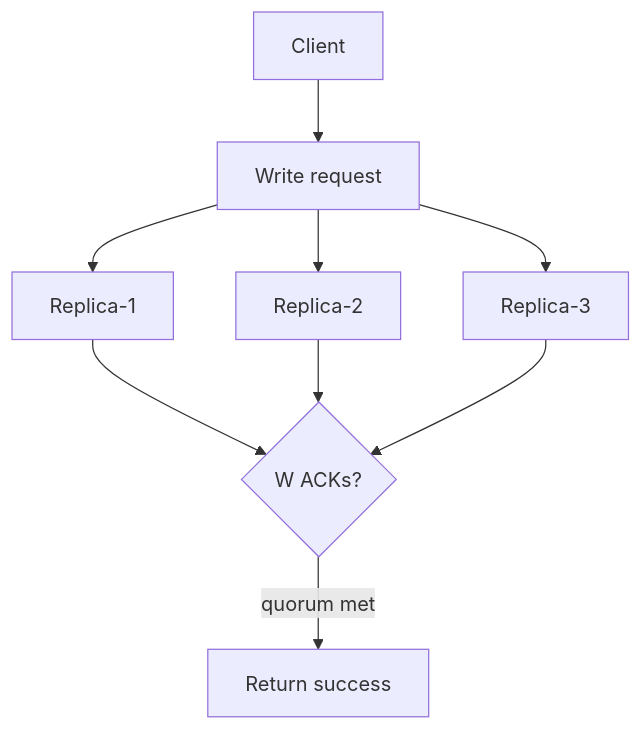
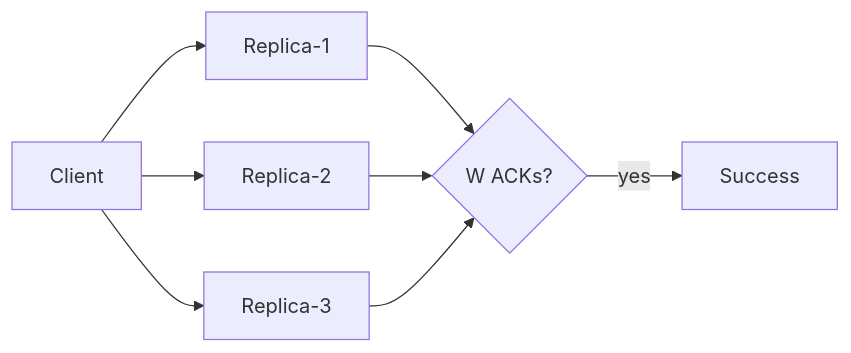
Before and after one commit to hareramcse/SystemDesign: diagram 24 of 43 in 05-distributed-databases/README.md, drawn with Mermaid. The commit also changed other lines of this file and 14 other files, not shown here.

````diff
--- a/05-distributed-databases/README.md
+++ b/05-distributed-databases/README.md
@@ -2869,11 +1553,10 @@
 ```mermaid
-flowchart TB
-    Client[Client] --> Req[Write request]
-    Req --> R1[Replica-1]
-    Req --> R2[Replica-2]
-    Req --> R3[Replica-3]
+flowchart LR
+    Client[Client] --> R1[Replica-1]
+    Client --> R2[Replica-2]
+    Client --> R3[Replica-3]
     R1 --> Q{W ACKs?}
     R2 --> Q
     R3 --> Q
-    Q -->|quorum met| OK[Return success]
+    Q -->|yes| OK[Success]
 ```
````
